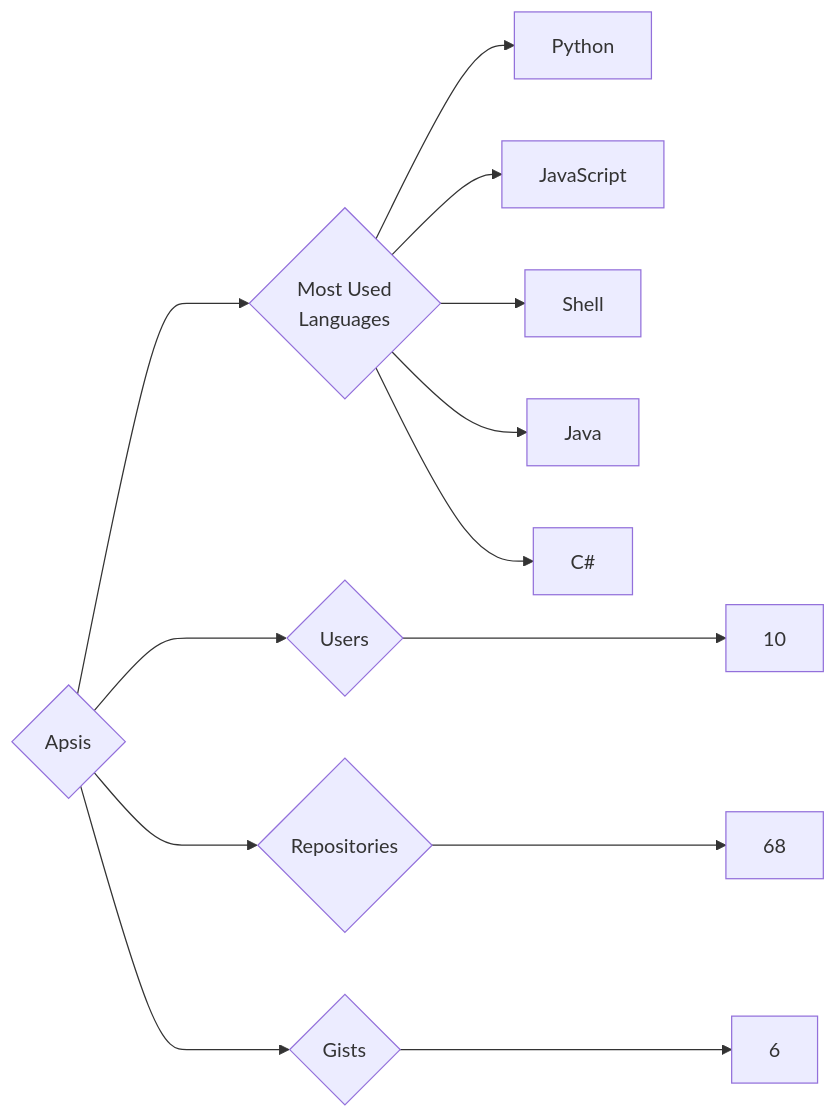
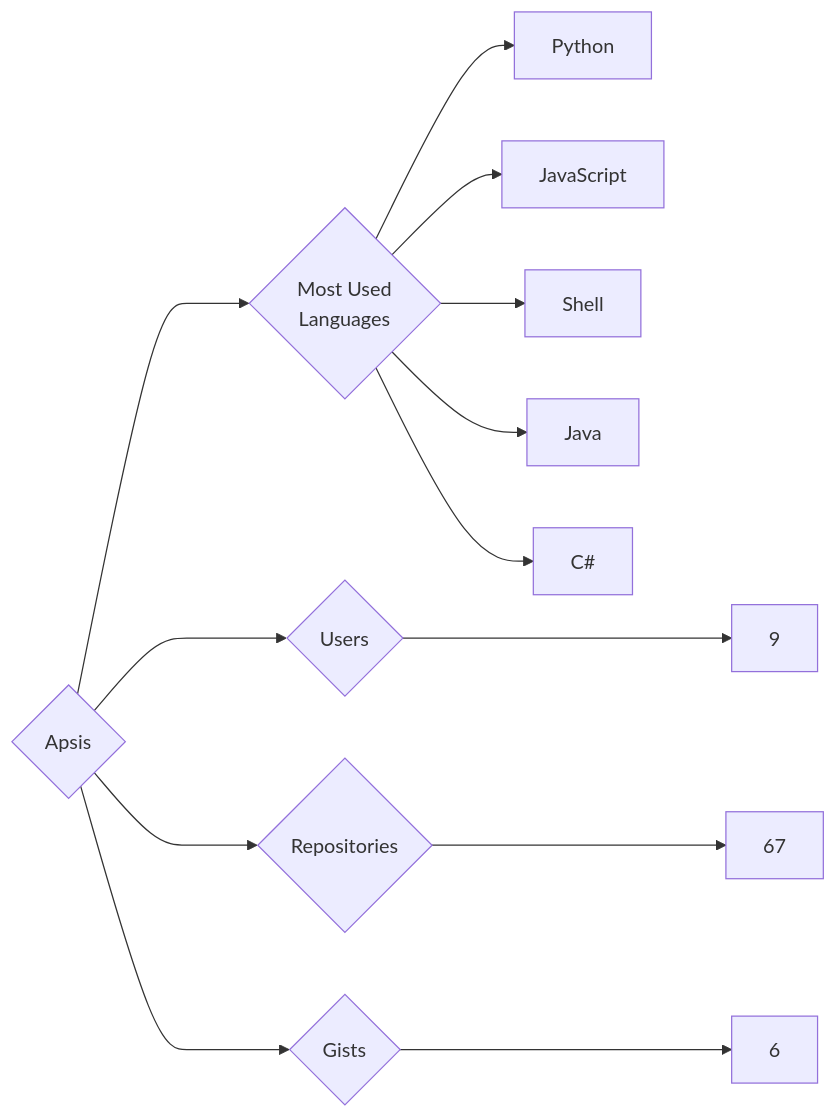
The diagram in targets/Apsis/README.md (trickest/insiders), drawn with Mermaid before and after one commit. The commit also changed 873 other files, not shown here.

````diff
--- a/targets/Apsis/README.md
+++ b/targets/Apsis/README.md
@@ -3,13 +3,13 @@
 ```mermaid
 graph LR
 COMPANY_NAME{Apsis}
-COMPANY_NAME ---> U{Users} ---> UN[10]
-COMPANY_NAME ---> R{Repositories} ---> RN[68]
+COMPANY_NAME ---> U{Users} ---> UN[9]
+COMPANY_NAME ---> R{Repositories} ---> RN[67]
 COMPANY_NAME ---> G{Gists} ---> GN[6]
 COMPANY_NAME ---> ML{Most Used<br>Languages}
 ML --> Python[Python]
 ML --> JavaScript[JavaScript]
 ML --> Shell[Shell]
 ML --> Java[Java]
 ML --> C#[C#]
 ```
````
